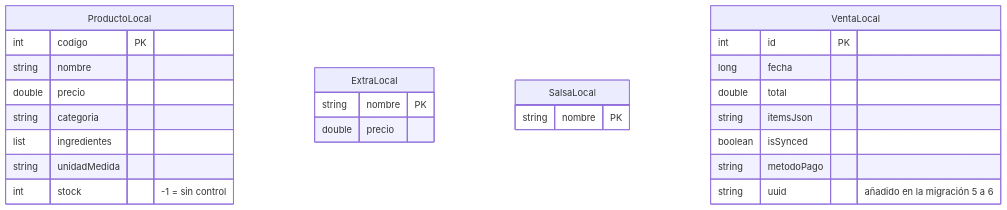
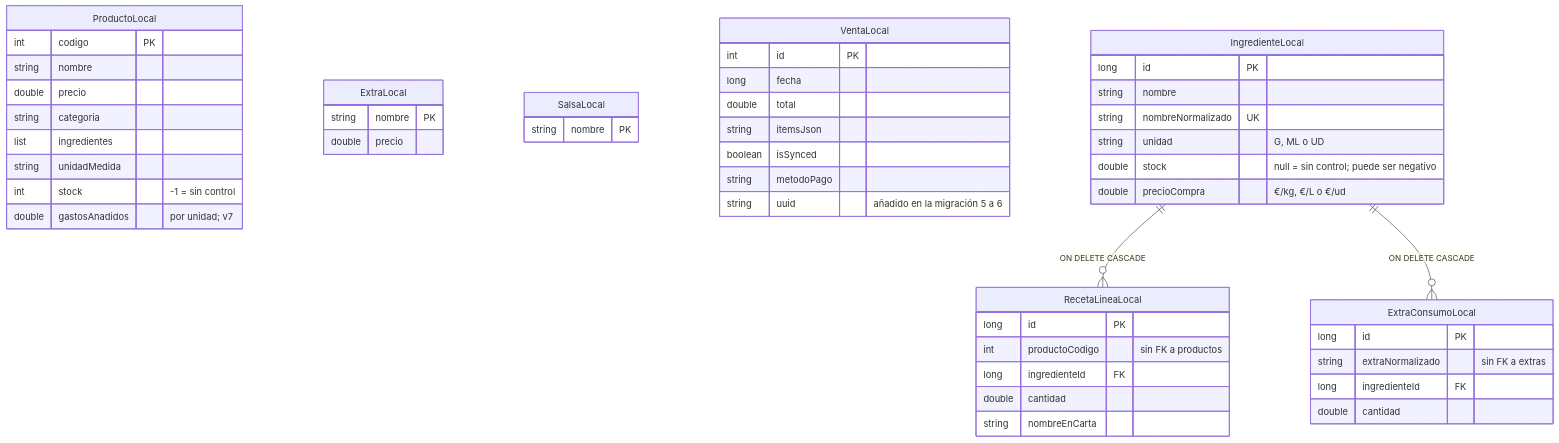
One commit to marcoscabrera-antolin/softmyc-tpv changed the diagram in docs/diagramas/06a-modelo-room.mmd. Above: the diagram before and after it, drawn with Mermaid. The commit also changed 67 other files, not shown here.

```diff
--- a/docs/diagramas/06a-modelo-room.mmd
+++ b/docs/diagramas/06a-modelo-room.mmd
@@ -1,22 +1,46 @@
 erDiagram
     ProductoLocal {
         int codigo PK
         string nombre
         double precio
         string categoria
         list ingredientes
         string unidadMedida
         int stock "-1 = sin control"
+        double gastosAnadidos "por unidad; v7"
     }
     ExtraLocal { string nombre PK
         double precio }
     SalsaLocal { string nombre PK }
     VentaLocal {
         int id PK
         long fecha
         double total
         string itemsJson
         boolean isSynced
         string metodoPago
         string uuid "añadido en la migración 5 a 6"
     }
+    IngredienteLocal {
+        long id PK
+        string nombre
+        string nombreNormalizado UK
+        string unidad "G, ML o UD"
+        double stock "null = sin control; puede ser negativo"
+        double precioCompra "€/kg, €/L o €/ud"
+    }
+    RecetaLineaLocal {
+        long id PK
+        int productoCodigo "sin FK a productos"
+        long ingredienteId FK
+        double cantidad
+        string nombreEnCarta
+    }
+    ExtraConsumoLocal {
+        long id PK
+        string extraNormalizado "sin FK a extras"
+        long ingredienteId FK
+        double cantidad
+    }
+    IngredienteLocal ||--o{ RecetaLineaLocal : "ON DELETE CASCADE"
+    IngredienteLocal ||--o{ ExtraConsumoLocal : "ON DELETE CASCADE"
```
